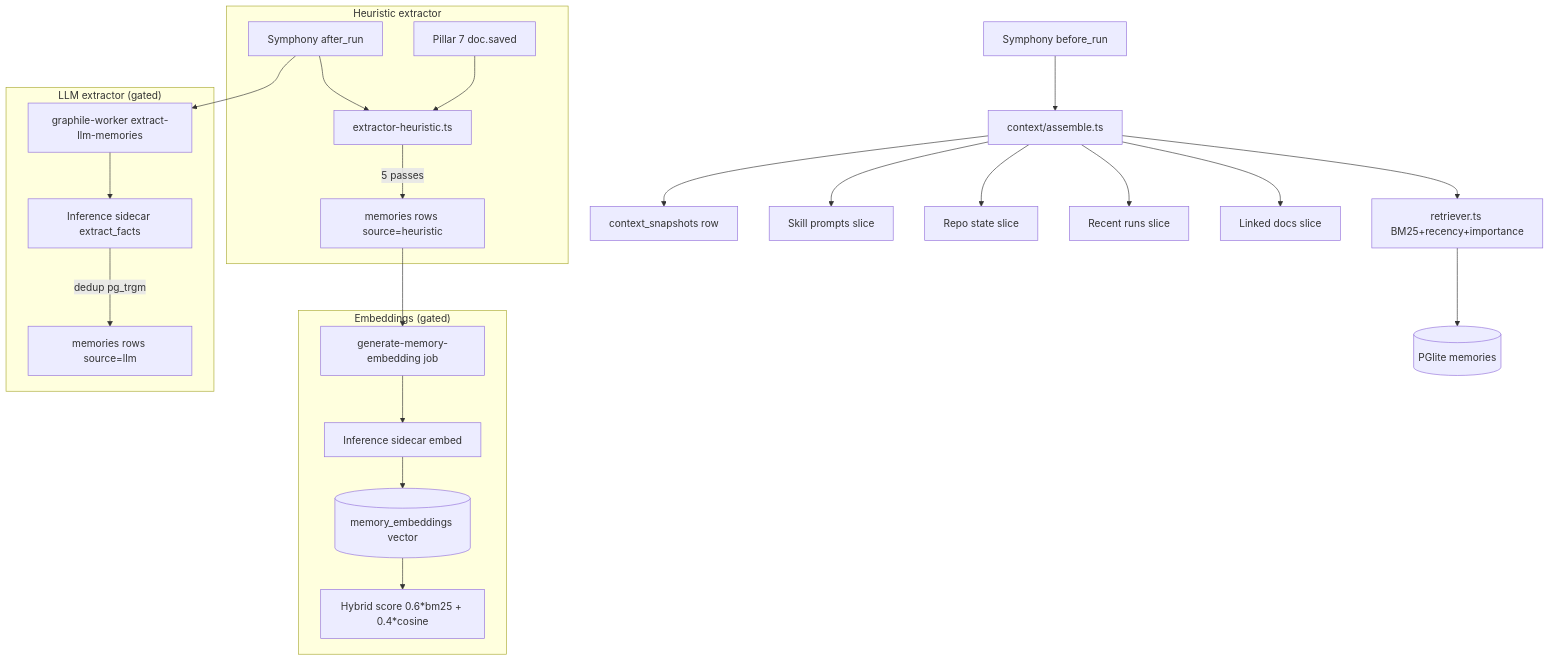
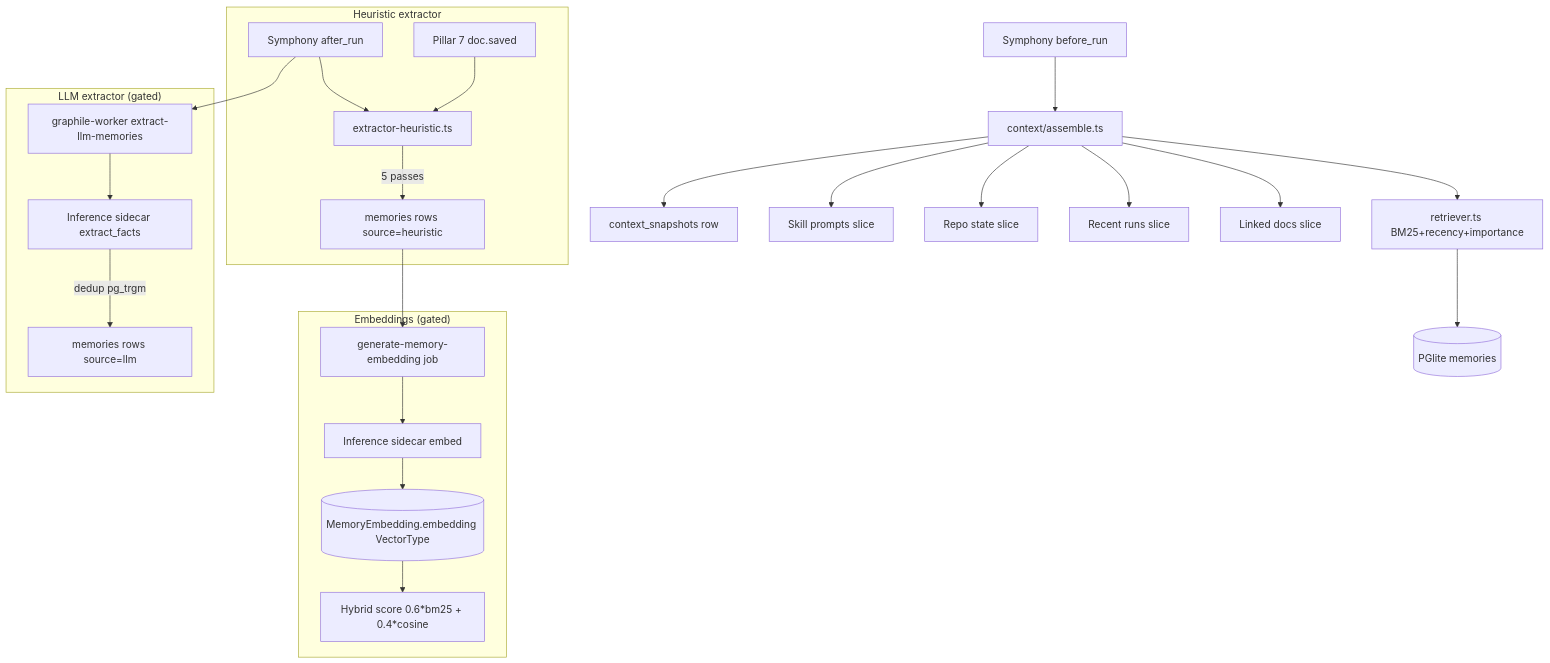
One commit to moabualruz/fulcrum changed the first of 2 diagrams in .scratch/agent-os-vision/prds/08-memory-context-engine.md. Above: the diagram before and after it, drawn with Mermaid. The commit also changed other lines of this file and 23 other files, not shown here.

````diff
--- a/.scratch/agent-os-vision/prds/08-memory-context-engine.md
+++ b/.scratch/agent-os-vision/prds/08-memory-context-engine.md
@@ -264,30 +349,30 @@
 ```mermaid
 graph TD
     SYM[Symphony before_run] --> ASSM[context/assemble.ts]
     ASSM --> RET[retriever.ts BM25+recency+importance]
     ASSM --> LDS[Linked docs slice]
     ASSM --> RRS[Recent runs slice]
     ASSM --> RSS[Repo state slice]
     ASSM --> SKS[Skill prompts slice]
     RET --> DB[(PGlite memories)]
     ASSM --> SNAP[context_snapshots row]
 
     subgraph "Heuristic extractor"
         SYM2[Symphony after_run] --> HE[extractor-heuristic.ts]
         P7[Pillar 7 doc.saved] --> HE
         HE -->|5 passes| MROW[memories rows source=heuristic]
     end
 
     subgraph "LLM extractor (gated)"
         SYM2 --> GW[graphile-worker extract-llm-memories]
         GW --> SID[Inference sidecar extract_facts]
         SID -->|dedup pg_trgm| MROW2[memories rows source=llm]
     end
 
     subgraph "Embeddings (gated)"
         MROW --> GW2[generate-memory-embedding job]
         GW2 --> SID2[Inference sidecar embed]
-        SID2 --> ME[(memory_embeddings vector)]
+        SID2 --> ME[(MemoryEmbedding.embedding VectorType)]
         ME --> HYRET[Hybrid score 0.6*bm25 + 0.4*cosine]
     end
 ```
````
